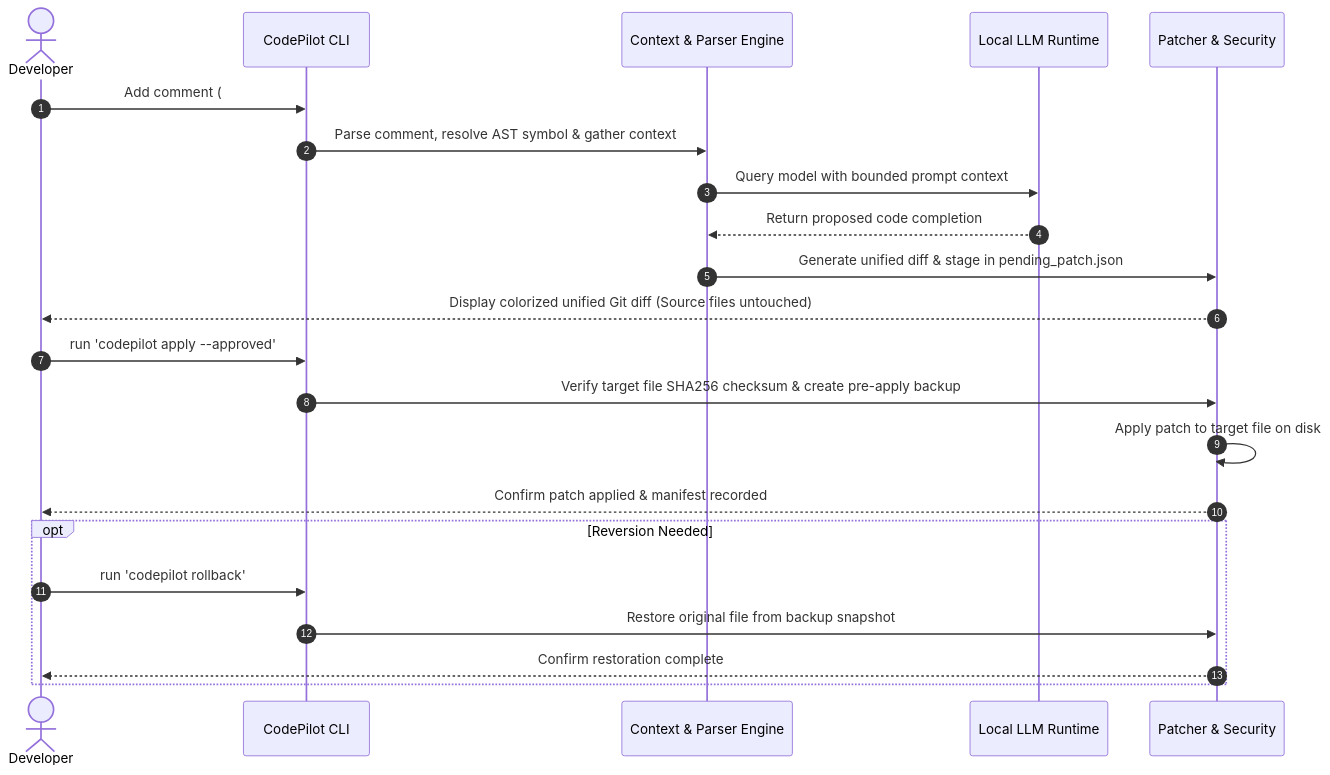
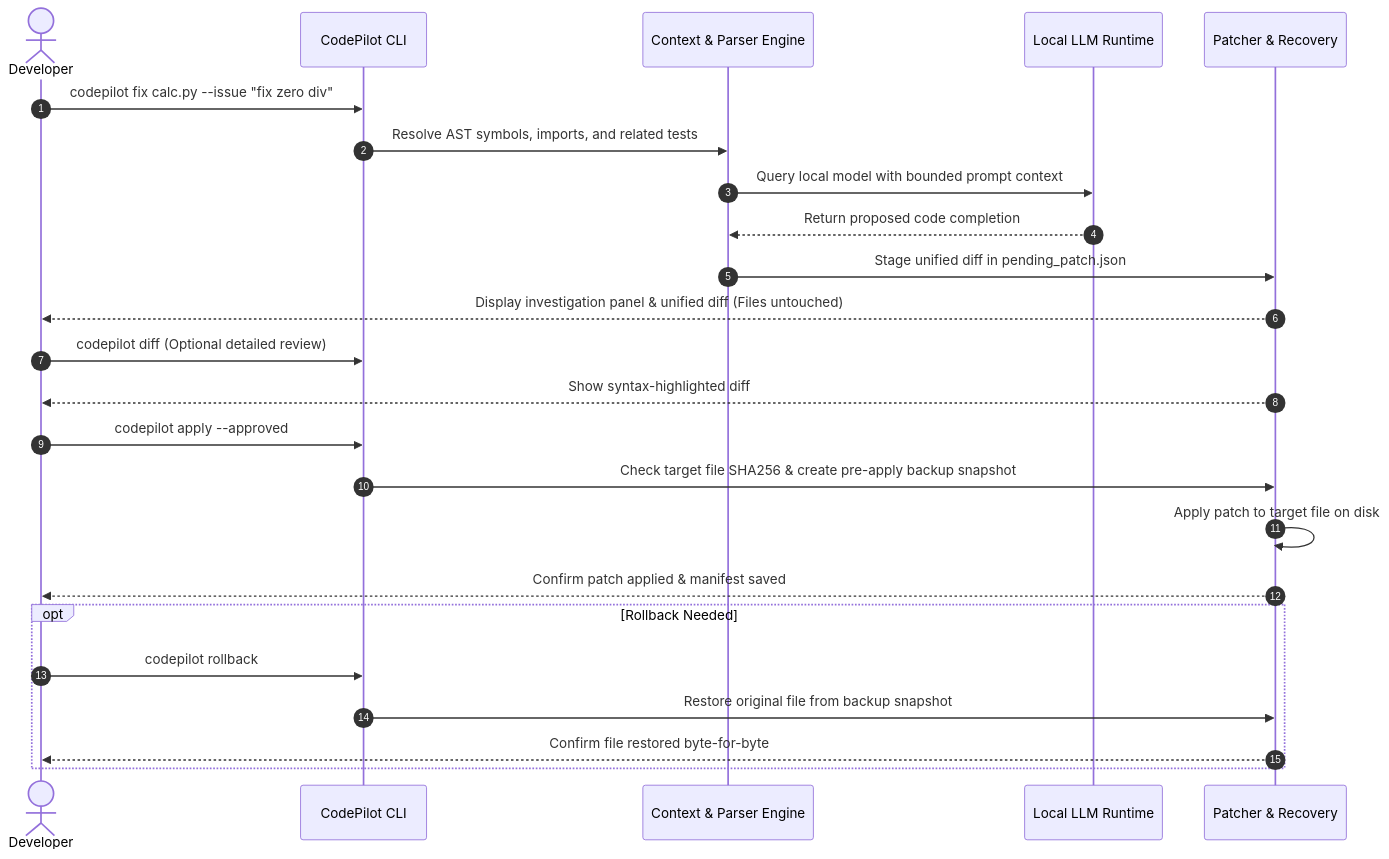
Before and after one commit to meghashyam0711/CodePilot-AI: the diagram in PRD.md, drawn with Mermaid. The commit also changed other lines of this file and 25 other files, not shown here.

````diff
--- a/PRD.md
+++ b/PRD.md
@@ -363,27 +102,30 @@
 ```mermaid
 sequenceDiagram
     autonumber
     actor Dev as Developer
     participant CLI as CodePilot CLI
     participant Engine as Context & Parser Engine
     participant Model as Local LLM Runtime
-    participant Safe as Patcher & Security
+    participant Safe as Patcher & Recovery
 
-    Dev->>CLI: Add comment (# AI-FIX: ...) & run 'codepilot fix --preview'
-    CLI->>Engine: Parse comment, resolve AST symbol & gather context
-    Engine->>Model: Query model with bounded prompt context
+    Dev->>CLI: codepilot fix calc.py --issue "fix zero div"
+    CLI->>Engine: Resolve AST symbols, imports, and related tests
+    Engine->>Model: Query local model with bounded prompt context
     Model-->>Engine: Return proposed code completion
-    Engine->>Safe: Generate unified diff & stage in pending_patch.json
-    Safe-->>Dev: Display colorized unified Git diff (Source files untouched)
-    
-    Dev->>CLI: run 'codepilot apply --approved'
-    CLI->>Safe: Verify target file SHA256 checksum & create pre-apply backup
+    Engine->>Safe: Stage unified diff in pending_patch.json
+    Safe-->>Dev: Display investigation panel & unified diff (Files untouched)
+
+    Dev->>CLI: codepilot diff (Optional detailed review)
+    Safe-->>Dev: Show syntax-highlighted diff
+
+    Dev->>CLI: codepilot apply --approved
+    CLI->>Safe: Check target file SHA256 & create pre-apply backup snapshot
     Safe->>Safe: Apply patch to target file on disk
-    Safe-->>Dev: Confirm patch applied & manifest recorded
+    Safe-->>Dev: Confirm patch applied & manifest saved
 
-    opt Reversion Needed
-        Dev->>CLI: run 'codepilot rollback'
+    opt Rollback Needed
+        Dev->>CLI: codepilot rollback
         CLI->>Safe: Restore original file from backup snapshot
-        Safe-->>Dev: Confirm restoration complete
+        Safe-->>Dev: Confirm file restored byte-for-byte
     end
 ```
````
